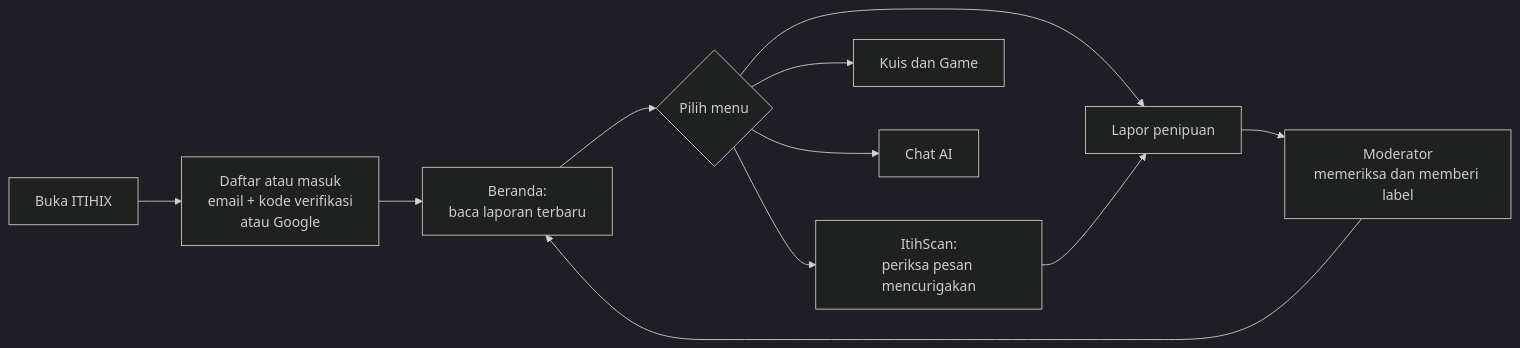
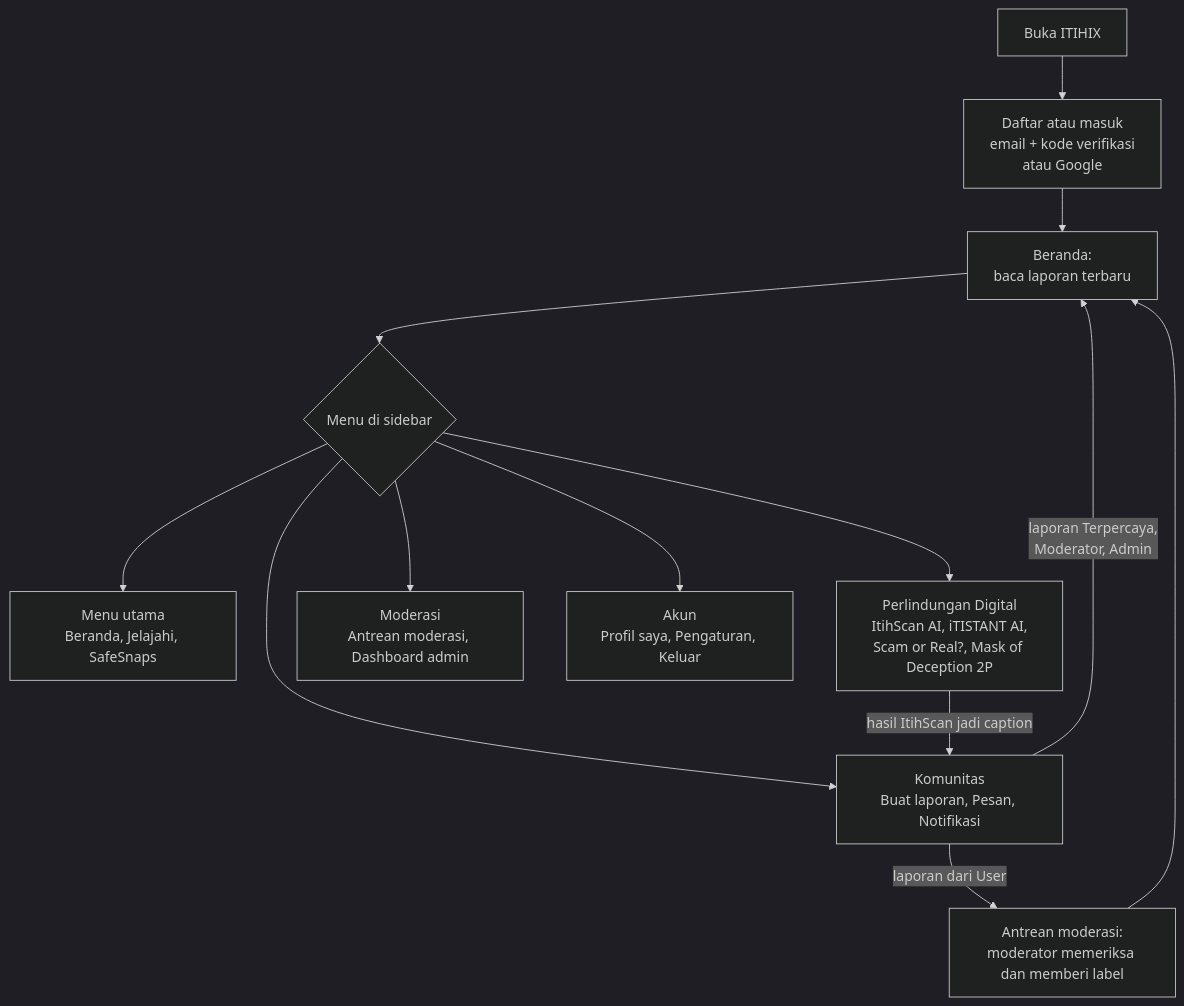
Before and after one commit to ZaidAlHibb/ITIHIX: the first of 2 diagrams in README.md, drawn with Mermaid (dark theme). The commit also changed other lines of this file, not shown here.

````diff
--- a/README.md
+++ b/README.md
@@ -141,13 +146,15 @@
 ```mermaid
-flowchart LR
+flowchart TD
     A[Buka ITIHIX] --> B[Daftar atau masuk<br/>email + kode verifikasi<br/>atau Google]
     B --> C[Beranda:<br/>baca laporan terbaru]
-    C --> D{Pilih menu}
-    D --> E[ItihScan:<br/>periksa pesan mencurigakan]
-    D --> F[Lapor penipuan]
-    D --> G[Kuis dan Game]
-    D --> H[Chat AI]
-    F --> I[Moderator<br/>memeriksa dan memberi label]
-    E --> F
-    I --> C
+    C --> D{Menu di sidebar}
+    D --> M1[Menu utama<br/>Beranda, Jelajahi, SafeSnaps]
+    D --> M2[Perlindungan Digital<br/>ItihScan AI, iTISTANT AI,<br/>Scam or Real?, Mask of Deception 2P]
+    D --> M3[Komunitas<br/>Buat laporan, Pesan, Notifikasi]
+    D --> M4[Moderasi<br/>Antrean moderasi, Dashboard admin]
+    D --> M5[Akun<br/>Profil saya, Pengaturan, Keluar]
+    M2 -->|hasil ItihScan jadi caption| M3
+    M3 -->|laporan dari User| Q[Antrean moderasi:<br/>moderator memeriksa dan memberi label]
+    M3 -->|laporan Terpercaya,<br/>Moderator, Admin| C
+    Q --> C
 ```
````
